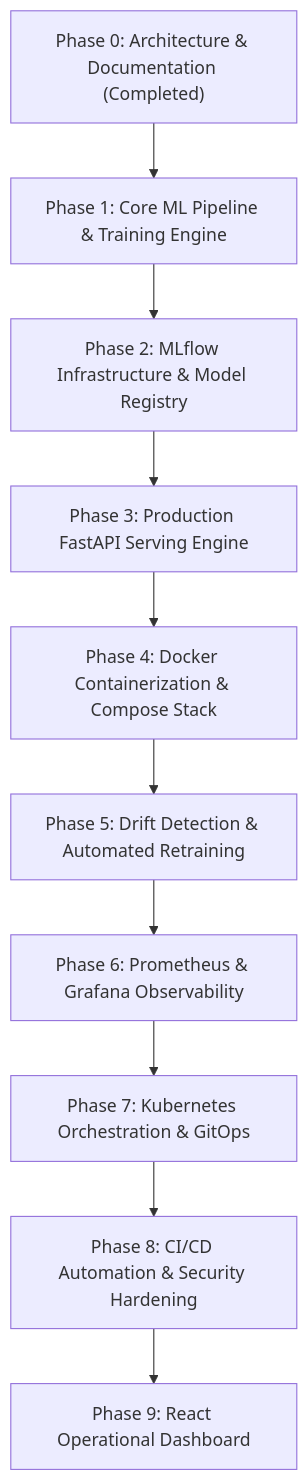
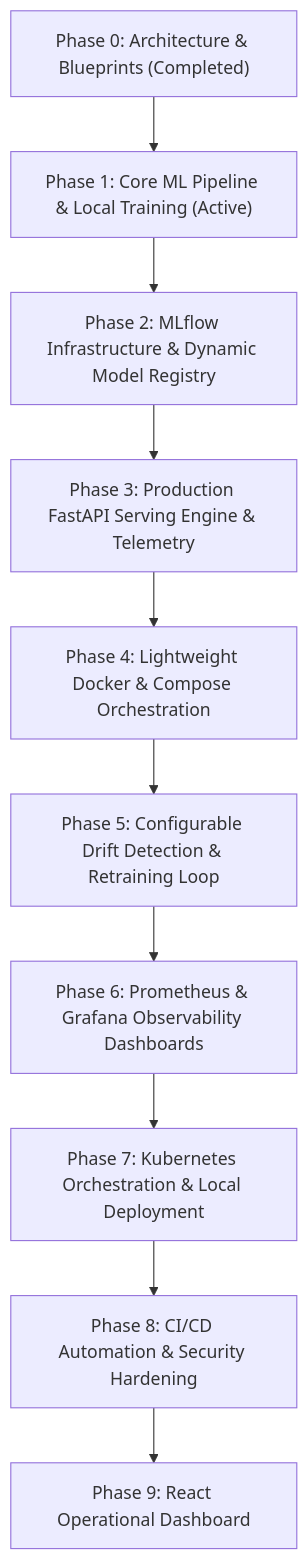
The second of 2 diagrams in docs/implementation_roadmap.md (rachamalla-akshara/Enterprise-MLOps-Platform), drawn with Mermaid before and after one commit. The commit also changed other lines of this file and 29 other files, not shown here.

Commit message:
feat(phase-1): complete core ML pipeline, data validation, models, tests, and training report

````diff
--- a/docs/implementation_roadmap.md
+++ b/docs/implementation_roadmap.md
@@ -79,23 +63,23 @@
 ```mermaid
 flowchart TD
-    P0["Phase 0: Architecture & Documentation (Completed)"]
-    P1["Phase 1: Core ML Pipeline & Training Engine"]
-    P2["Phase 2: MLflow Infrastructure & Model Registry"]
-    P3["Phase 3: Production FastAPI Serving Engine"]
-    P4["Phase 4: Docker Containerization & Compose Stack"]
-    P5["Phase 5: Drift Detection & Automated Retraining"]
-    P6["Phase 6: Prometheus & Grafana Observability"]
-    P7["Phase 7: Kubernetes Orchestration & GitOps"]
+    P0["Phase 0: Architecture & Blueprints (Completed)"]
+    P1["Phase 1: Core ML Pipeline & Local Training (Active)"]
+    P2["Phase 2: MLflow Infrastructure & Dynamic Model Registry"]
+    P3["Phase 3: Production FastAPI Serving Engine & Telemetry"]
+    P4["Phase 4: Lightweight Docker & Compose Orchestration"]
+    P5["Phase 5: Configurable Drift Detection & Retraining Loop"]
+    P6["Phase 6: Prometheus & Grafana Observability Dashboards"]
+    P7["Phase 7: Kubernetes Orchestration & Local Deployment"]
     P8["Phase 8: CI/CD Automation & Security Hardening"]
     P9["Phase 9: React Operational Dashboard"]
 
     P0 --> P1
     P1 --> P2
     P2 --> P3
     P3 --> P4
     P4 --> P5
     P5 --> P6
     P6 --> P7
     P7 --> P8
     P8 --> P9
 ```
````
